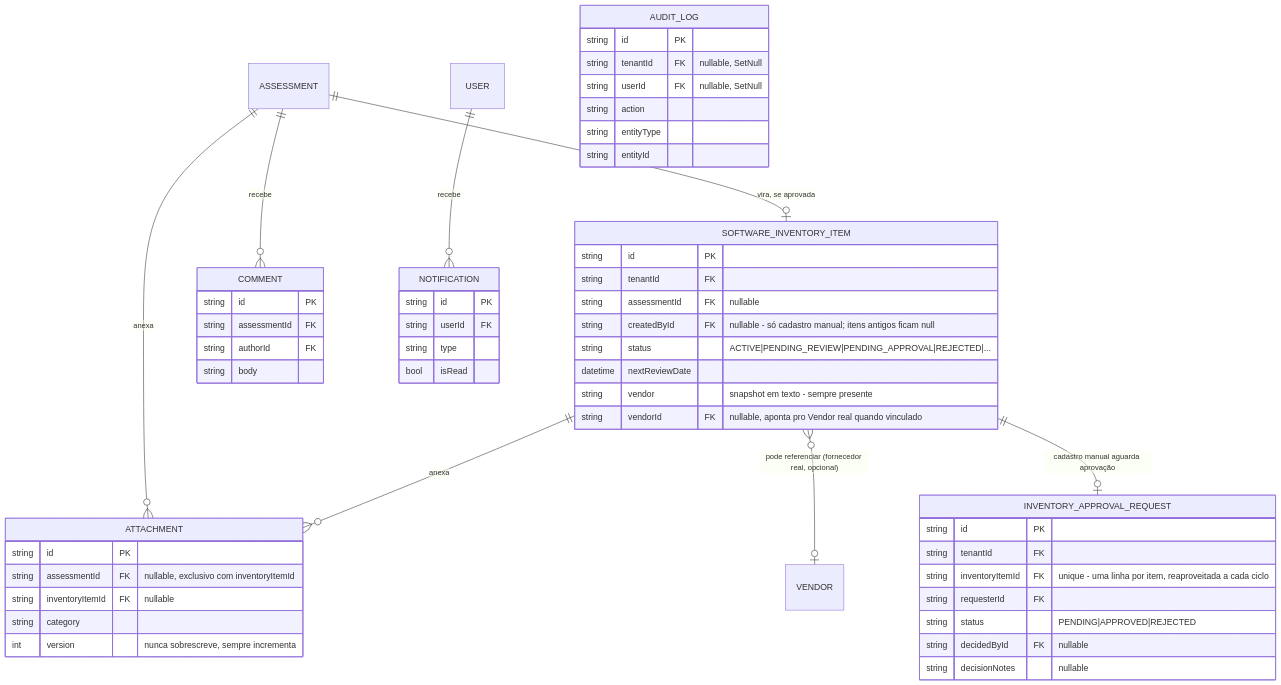
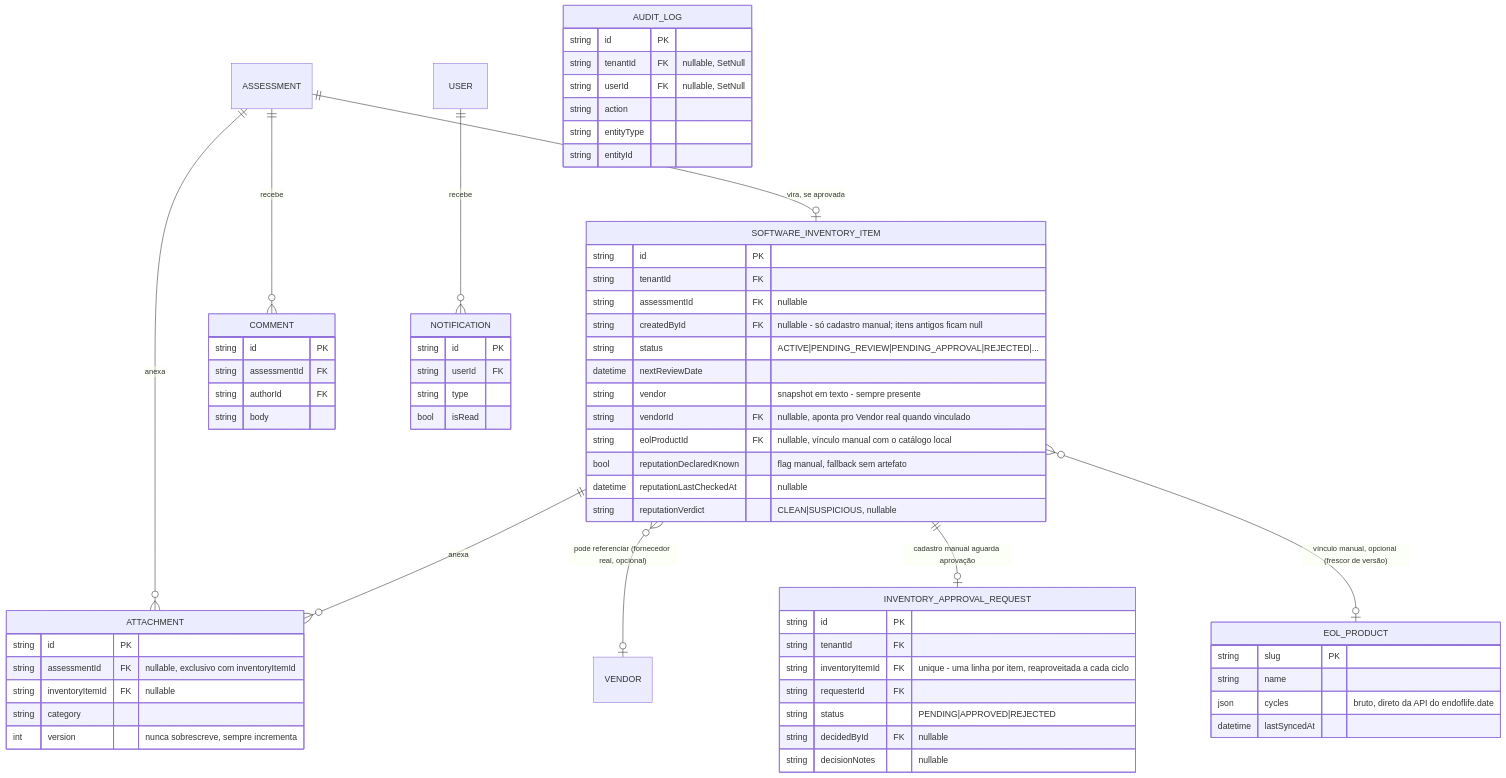
Before and after one commit to domcabral9/morpheus-beta: the sixth of 7 diagrams in docs/architecture.md, drawn with Mermaid. The commit also changed other lines of this file and 10 other files, not shown here.

First line of the commit message:
feat(inventory): enriquecimento - Fase 1, schema + config de plataforma (#142)

````diff
--- a/docs/architecture.md
+++ b/docs/architecture.md
@@ -368,57 +376,68 @@
 ```mermaid
 erDiagram
     ASSESSMENT ||--o| SOFTWARE_INVENTORY_ITEM : "vira, se aprovada"
     ASSESSMENT ||--o{ ATTACHMENT : anexa
     SOFTWARE_INVENTORY_ITEM ||--o{ ATTACHMENT : anexa
     ASSESSMENT ||--o{ COMMENT : recebe
     USER ||--o{ NOTIFICATION : recebe
     SOFTWARE_INVENTORY_ITEM }o--o| VENDOR : "pode referenciar (fornecedor real, opcional)"
     SOFTWARE_INVENTORY_ITEM ||--o| INVENTORY_APPROVAL_REQUEST : "cadastro manual aguarda aprovação"
+    SOFTWARE_INVENTORY_ITEM }o--o| EOL_PRODUCT : "vínculo manual, opcional (frescor de versão)"
 
     SOFTWARE_INVENTORY_ITEM {
         string id PK
         string tenantId FK
         string assessmentId FK "nullable"
         string createdById FK "nullable - só cadastro manual; itens antigos ficam null"
         string status "ACTIVE|PENDING_REVIEW|PENDING_APPROVAL|REJECTED|..."
         datetime nextReviewDate
         string vendor "snapshot em texto - sempre presente"
         string vendorId FK "nullable, aponta pro Vendor real quando vinculado"
+        string eolProductId FK "nullable, vínculo manual com o catálogo local"
+        bool reputationDeclaredKnown "flag manual, fallback sem artefato"
+        datetime reputationLastCheckedAt "nullable"
+        string reputationVerdict "CLEAN|SUSPICIOUS, nullable"
+    }
+    EOL_PRODUCT {
+        string slug PK
+        string name
+        json cycles "bruto, direto da API do endoflife.date"
+        datetime lastSyncedAt
     }
     INVENTORY_APPROVAL_REQUEST {
         string id PK
         string tenantId FK
         string inventoryItemId FK "unique - uma linha por item, reaproveitada a cada ciclo"
         string requesterId FK
         string status "PENDING|APPROVED|REJECTED"
         string decidedById FK "nullable"
         string decisionNotes "nullable"
     }
     ATTACHMENT {
         string id PK
         string assessmentId FK "nullable, exclusivo com inventoryItemId"
         string inventoryItemId FK "nullable"
         string category
         int version "nunca sobrescreve, sempre incrementa"
     }
     COMMENT {
         string id PK
         string assessmentId FK
         string authorId FK
         string body
     }
     AUDIT_LOG {
         string id PK
         string tenantId FK "nullable, SetNull"
         string userId FK "nullable, SetNull"
         string action
         string entityType
         string entityId
     }
     NOTIFICATION {
         string id PK
         string userId FK
         string type
         bool isRead
     }
 ```
````
